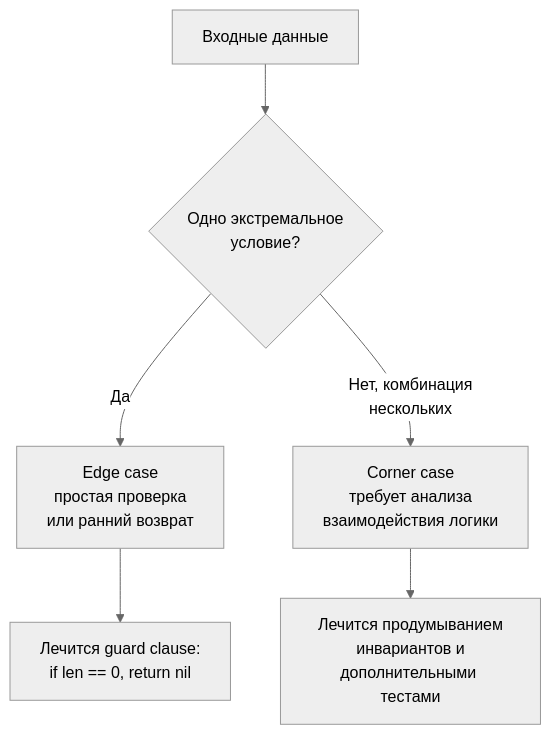
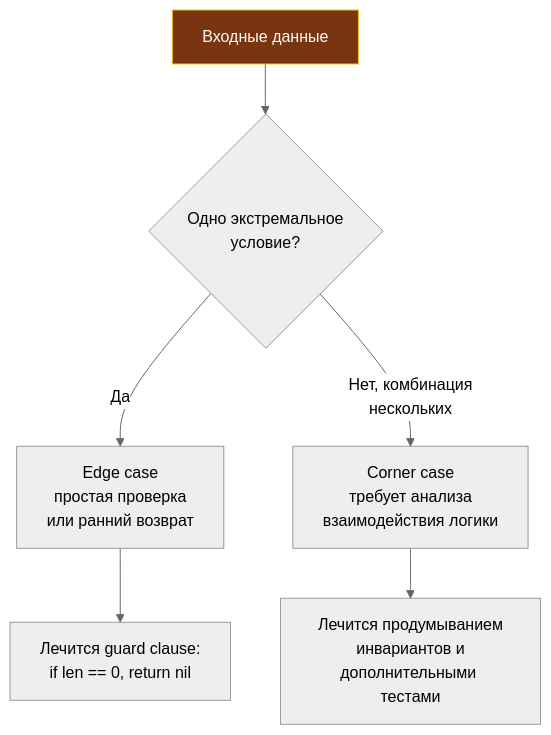
Before and after one commit to UnrealTemplier/go-textbook: the diagram in sources/21. Задачи с LeetCode и собеседований на Go/01. Теория/19. Edge cases и corner cases.md, drawn with Mermaid (neutral theme). The commit also changed 1666 other files, not shown here.

First line of the commit message:
feat(mermaid): add semantic color classDef to 1369 colorless flowchart/graph diagrams

````diff
--- a/sources/21. Задачи с LeetCode и собеседований на Go/01. Теория/19. Edge cases и corner cases.md
+++ b/sources/21. Задачи с LeetCode и собеседований на Go/01. Теория/19. Edge cases и corner cases.md
@@ -14,8 +14,18 @@
 ```mermaid
 flowchart TD
-    Input["Входные данные"] --> Single{"Одно экстремальное<br>условие?"}
+    classDef process  fill:#1e293b,stroke:#38bdf8,stroke-width:1px,color:#f8fafc
+    classDef success  fill:#064e3b,stroke:#34d399,stroke-width:1px,color:#f8fafc
+    classDef error    fill:#7f1d1d,stroke:#f87171,stroke-width:1px,color:#f8fafc
+    classDef warning  fill:#78350f,stroke:#fbbf24,stroke-width:1px,color:#f8fafc
+    classDef entry    fill:#1e3a5f,stroke:#38bdf8,stroke-width:2px,color:#f8fafc
+    classDef aux      fill:#334155,stroke:#64748b,stroke-width:1px,color:#f8fafc
+    classDef system   fill:#312e81,stroke:#a78bfa,stroke-width:1px,color:#f8fafc
+    classDef data     fill:#132d29,stroke:#2dd4bf,stroke-width:1px,color:#f8fafc
+    classDef network  fill:#881337,stroke:#fb7185,stroke-width:1px,color:#f8fafc
+    classDef accent   fill:#1e1b4b,stroke:#818cf8,stroke-width:1px,color:#f8fafc
+    Input["Входные данные"]:::warning --> Single{"Одно экстремальное<br>условие?"}
     Single -->|"Да"| Edge["Edge case<br>простая проверка<br>или ранний возврат"]
     Single -->|"Нет, комбинация<br>нескольких"| Corner["Corner case<br>требует анализа<br>взаимодействия логики"]
     Edge --> FixEdge["Лечится guard clause:<br>if len == 0, return nil"]
     Corner --> FixCorner["Лечится продумыванием<br>инвариантов и<br>дополнительными тестами"]
 ```
````
